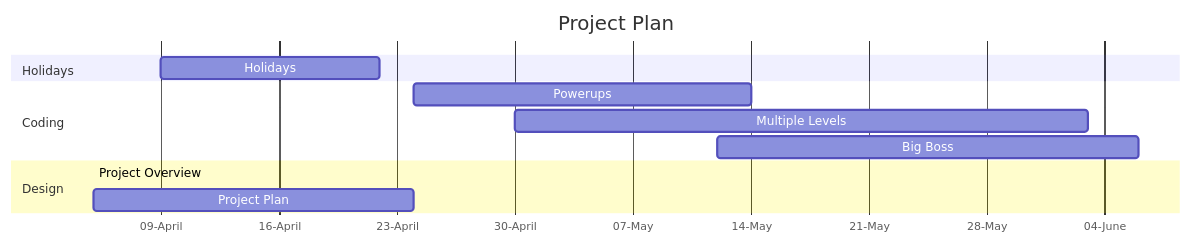
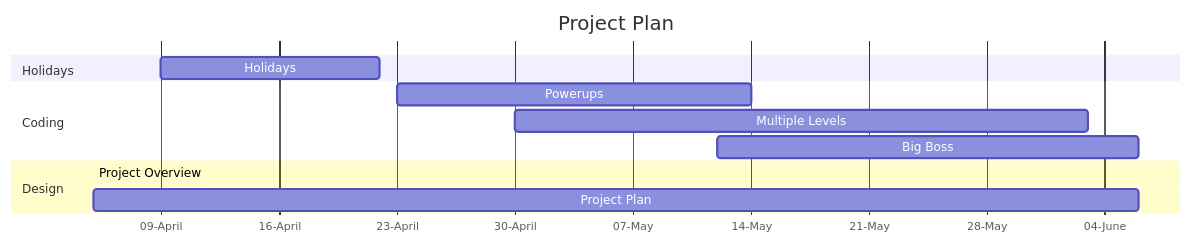
One commit to 0676693/Invade-Spacers changed the diagram in design.md. Above: the diagram before and after it, drawn with Mermaid.

Commit message:
more graph stuff
:D

````diff
--- a/design.md
+++ b/design.md
@@ -31,19 +31,19 @@
 ```mermaid
 gantt
     title Project Plan
 dateFormat DD-MM-YY
 axisFormat %d-%B
 tickInterval 1week
 
 section Holidays
 Holidays: 09-04-23, 22-04-23
 
 section Coding
-Powerups: 24-04-23, 14-05-23
+Powerups: 23-04-23, 14-05-23
 Multiple Levels: 30-04-23, 03-06-23
 Big Boss: 12-05-23, 06-06-23
 
 section Design
 Project Overview:05-04-23, id
-Project Plan: 05-04-23, 24-04-23
+Project Plan: 05-04-23, 06-06-23
 ```
````
